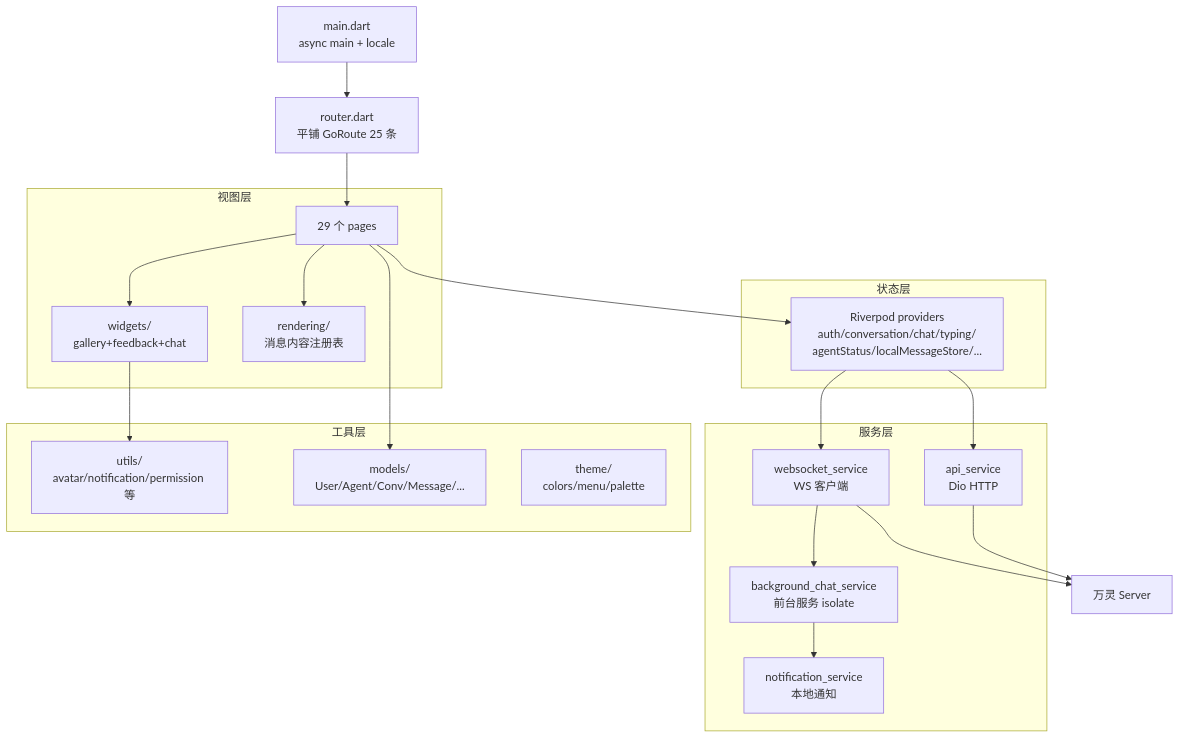
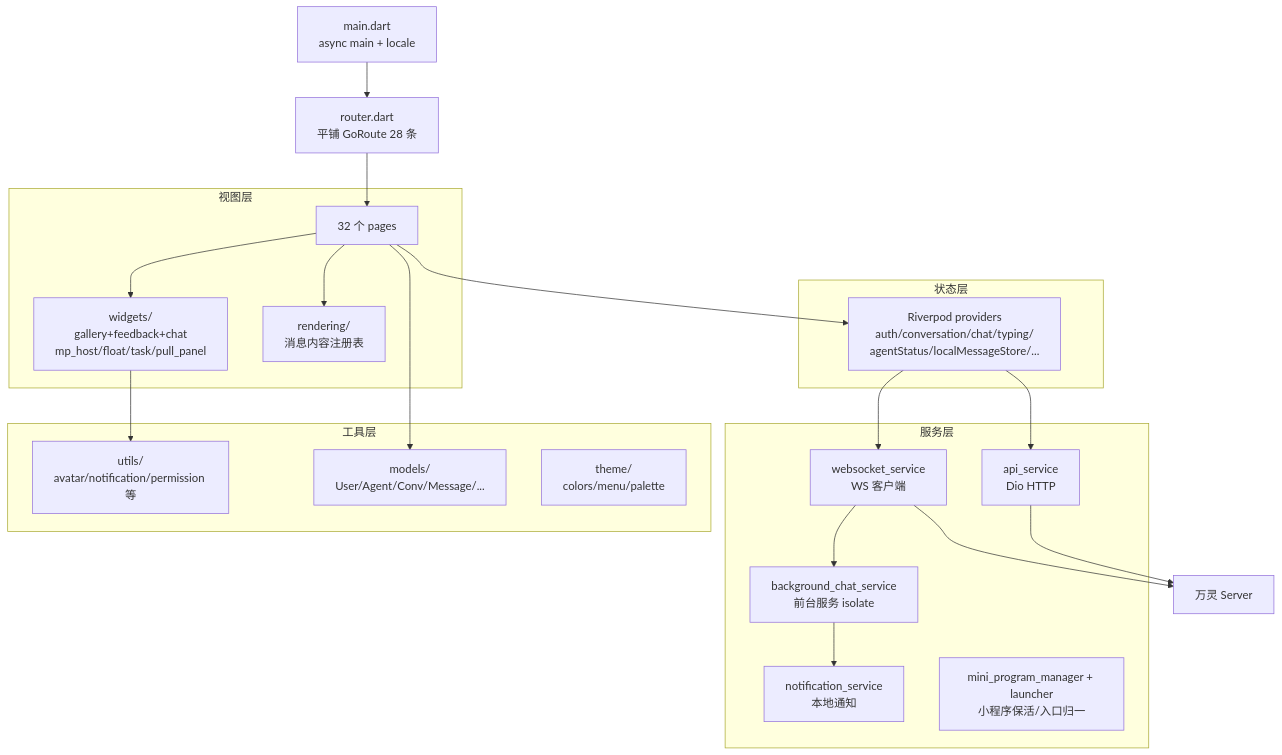
One commit to luoyu318/wanling changed the diagram in docs/architecture/app.md. Above: the diagram before and after it, drawn with Mermaid. The commit also changed other lines of this file and 9 other files, not shown here.

````diff
--- a/docs/architecture/app.md
+++ b/docs/architecture/app.md
@@ -7,44 +7,45 @@
 ```mermaid
 flowchart TB
     MAIN[main.dart<br/>async main + locale]
-    ROUTER[router.dart<br/>平铺 GoRoute 25 条]
+    ROUTER[router.dart<br/>平铺 GoRoute 28 条]
 
     subgraph 服务层
         API[api_service<br/>Dio HTTP]
         WS[websocket_service<br/>WS 客户端]
         BGSVC[background_chat_service<br/>前台服务 isolate]
         NOTIF[notification_service<br/>本地通知]
+        MP[mini_program_manager + launcher<br/>小程序保活/入口归一]
     end
 
     subgraph 状态层
         PROVIDERS[Riverpod providers<br/>auth/conversation/chat/typing/<br/>agentStatus/localMessageStore/...]
     end
 
     subgraph 视图层
-        PAGES[29 个 pages]
-        WIDGETS[widgets/<br/>gallery+feedback+chat]
+        PAGES[32 个 pages]
+        WIDGETS[widgets/<br/>gallery+feedback+chat<br/>mp_host/float/task/pull_panel]
         RENDER[rendering/<br/>消息内容注册表]
     end
 
     subgraph 工具层
         UTILS[utils/<br/>avatar/notification/permission 等]
         MODELS[models/<br/>User/Agent/Conv/Message/...]
         THEME[theme/<br/>colors/menu/palette]
     end
 
     SERVER[万灵 Server]
 
     MAIN --> ROUTER
     ROUTER --> PAGES
     PAGES --> PROVIDERS
     PROVIDERS --> API
     PROVIDERS --> WS
     WS --> BGSVC
     BGSVC --> NOTIF
     PAGES --> WIDGETS
     PAGES --> RENDER
     WIDGETS --> UTILS
     PAGES --> MODELS
     API --> SERVER
     WS --> SERVER
 ```
````
